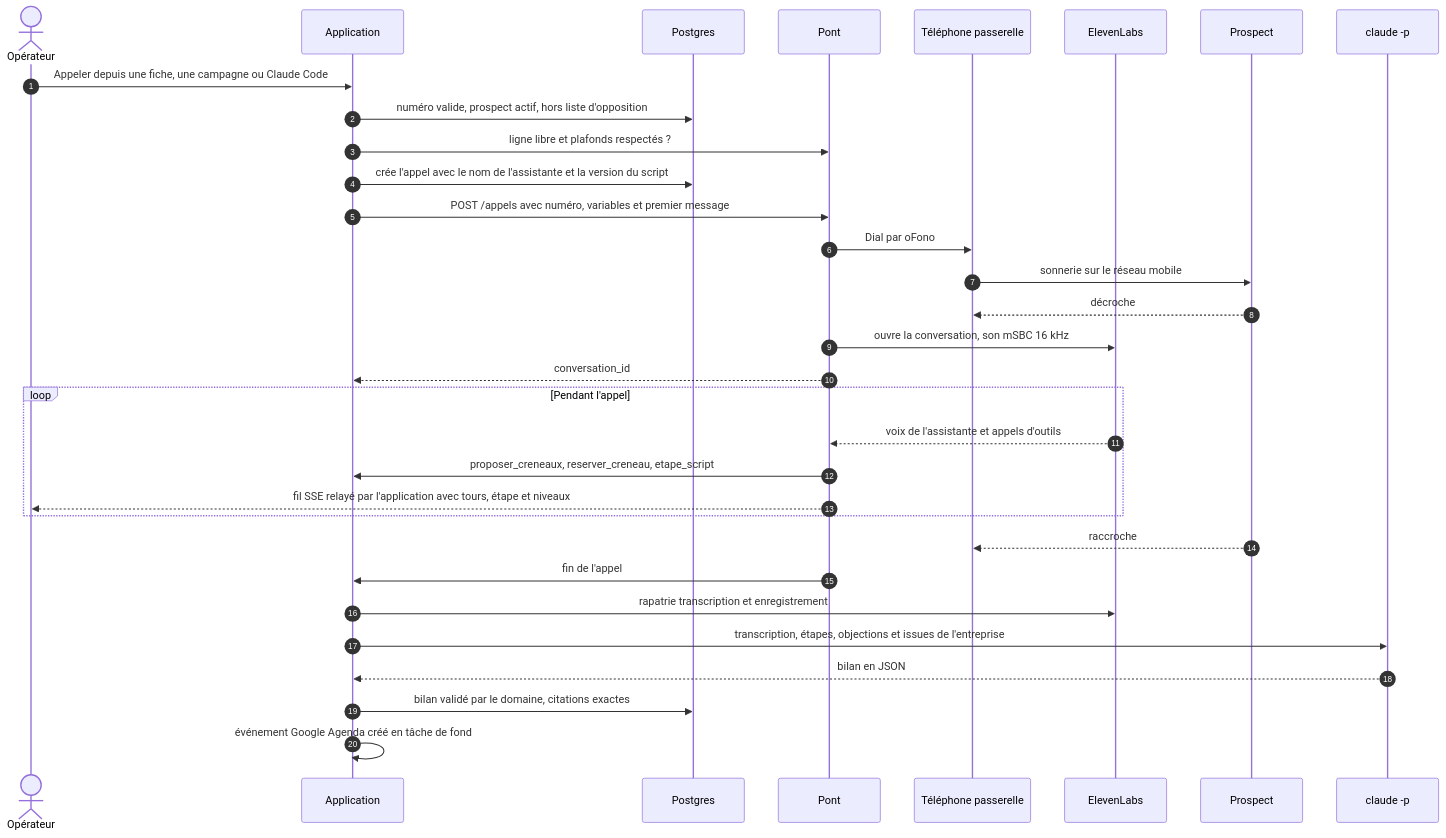
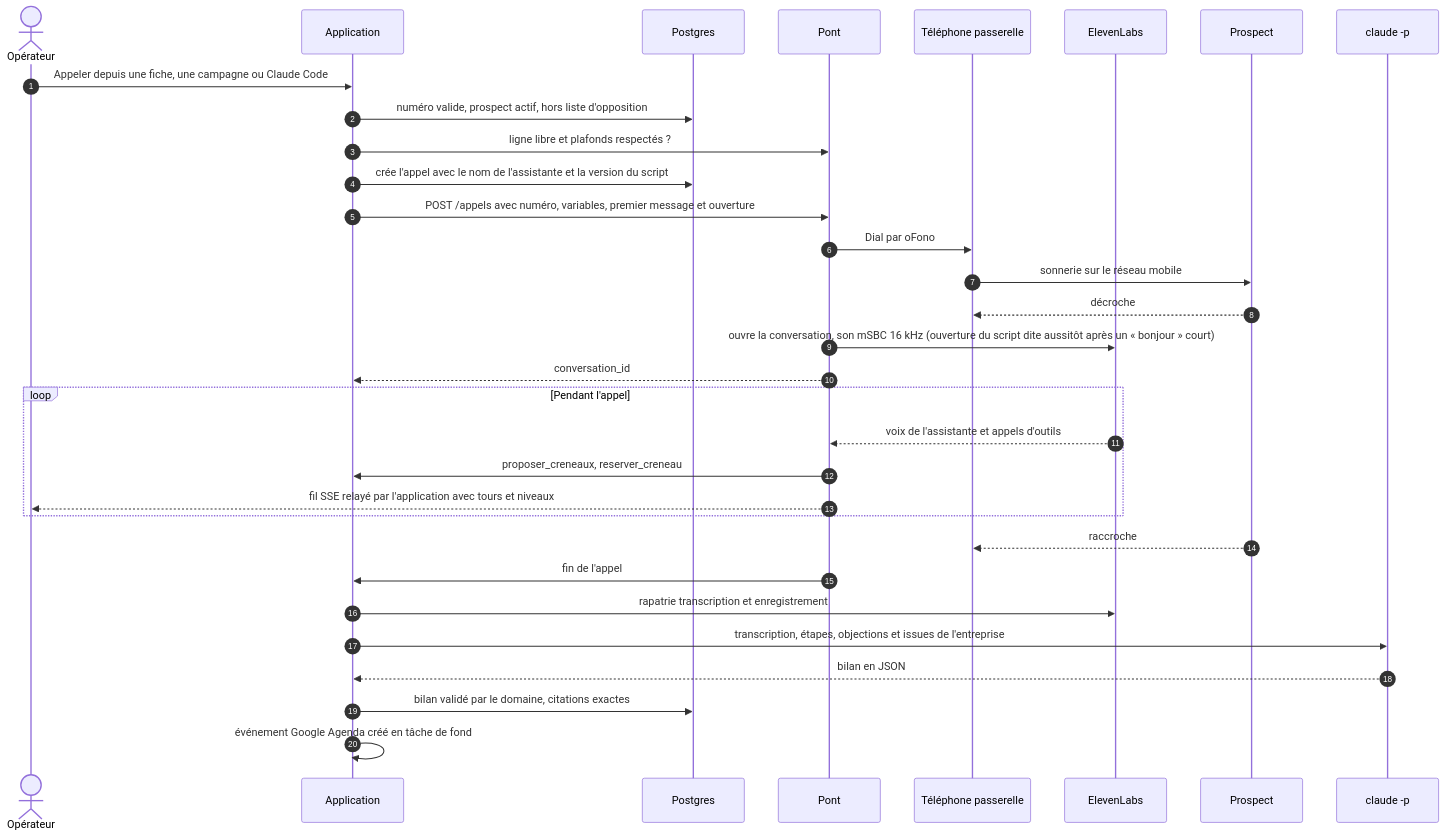
Before and after one commit to Tibxla/autocalled: the second of 2 diagrams in README.md, drawn with Mermaid. The commit also changed other lines of this file and 12 other files, not shown here.

First line of the commit message:
feat(appel): Mina ouvre aussitôt après un « bonjour » court, sans outil d'étape

````diff
--- a/README.md
+++ b/README.md
@@ -283,35 +283,35 @@
 ```mermaid
 sequenceDiagram
     autonumber
     actor Op as Opérateur
     participant Web as Application
     participant DB as Postgres
     participant Pont as Pont
     participant Tel as Téléphone passerelle
     participant EL as ElevenLabs
     participant Pro as Prospect
     participant Ana as claude -p
 
     Op->>Web: Appeler depuis une fiche, une campagne ou Claude Code
     Web->>DB: numéro valide, prospect actif, hors liste d'opposition
     Web->>Pont: ligne libre et plafonds respectés ?
     Web->>DB: crée l'appel avec le nom de l'assistante et la version du script
-    Web->>Pont: POST /appels avec numéro, variables et premier message
+    Web->>Pont: POST /appels avec numéro, variables, premier message et ouverture
     Pont->>Tel: Dial par oFono
     Tel->>Pro: sonnerie sur le réseau mobile
     Pro-->>Tel: décroche
-    Pont->>EL: ouvre la conversation, son mSBC 16 kHz
+    Pont->>EL: ouvre la conversation, son mSBC 16 kHz (ouverture du script dite aussitôt après un « bonjour » court)
     Pont-->>Web: conversation_id
     loop Pendant l'appel
         EL-->>Pont: voix de l'assistante et appels d'outils
-        Pont->>Web: proposer_creneaux, reserver_creneau, etape_script
-        Pont-->>Op: fil SSE relayé par l'application avec tours, étape et niveaux
+        Pont->>Web: proposer_creneaux, reserver_creneau
+        Pont-->>Op: fil SSE relayé par l'application avec tours et niveaux
     end
     Pro-->>Tel: raccroche
     Pont->>Web: fin de l'appel
     Web->>EL: rapatrie transcription et enregistrement
     Web->>Ana: transcription, étapes, objections et issues de l'entreprise
     Ana-->>Web: bilan en JSON
     Web->>DB: bilan validé par le domaine, citations exactes
     Web->>Web: événement Google Agenda créé en tâche de fond
 ```
````
